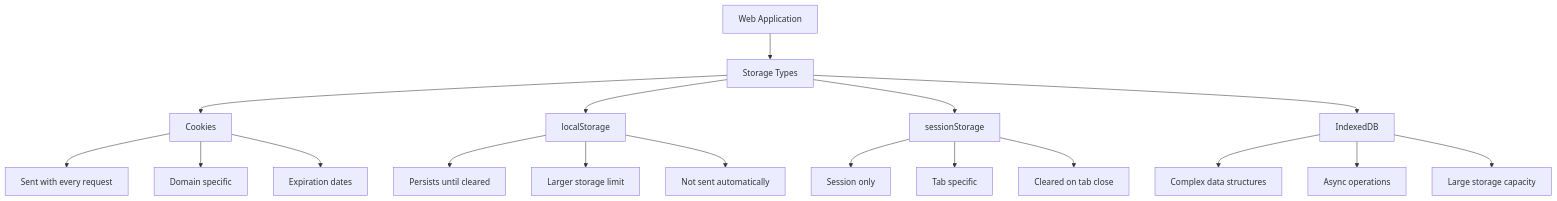
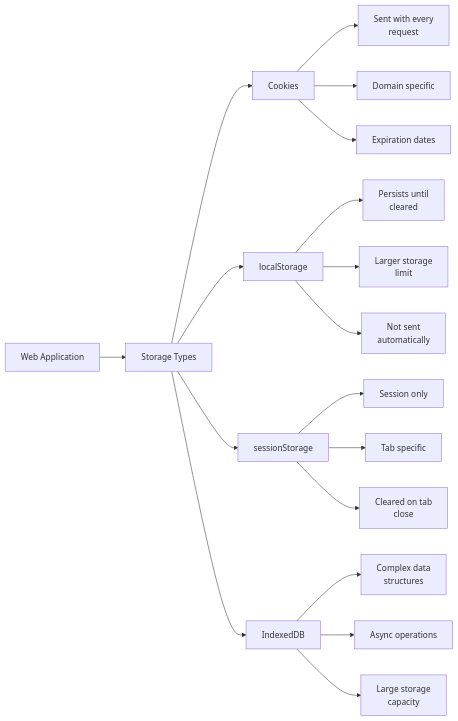
The second of 3 diagrams in _posts/2025-05-12-session-management-cookies-storage-user-state.md (bytetunnels/bytetunnels.github.com), drawn with Mermaid before and after one commit. The commit also changed other lines of this file and 118 other files, not shown here.

Commit message:
feat: improve diagram styling and compact wide flowcharts

````diff
--- a/_posts/2025-05-12-session-management-cookies-storage-user-state.md
+++ b/_posts/2025-05-12-session-management-cookies-storage-user-state.md
@@ -98,24 +98,24 @@
 ```mermaid
-graph TB
+graph LR
     A[Web Application] --> B[Storage Types]
     B --> C[Cookies]
     B --> D[localStorage]
     B --> E[sessionStorage]
     B --> F[IndexedDB]
-    
-    C --> C1[Sent with every request]
+
+    C --> C1["Sent with every<br/>request"]
     C --> C2[Domain specific]
     C --> C3[Expiration dates]
-    
-    D --> D1[Persists until cleared]
-    D --> D2[Larger storage limit]
-    D --> D3[Not sent automatically]
-    
+
+    D --> D1["Persists until<br/>cleared"]
+    D --> D2["Larger storage<br/>limit"]
+    D --> D3["Not sent<br/>automatically"]
+
     E --> E1[Session only]
     E --> E2[Tab specific]
-    E --> E3[Cleared on tab close]
-    
-    F --> F1[Complex data structures]
+    E --> E3["Cleared on tab<br/>close"]
+
+    F --> F1["Complex data<br/>structures"]
     F --> F2[Async operations]
-    F --> F3[Large storage capacity]
+    F --> F3["Large storage<br/>capacity"]
 ```
````
